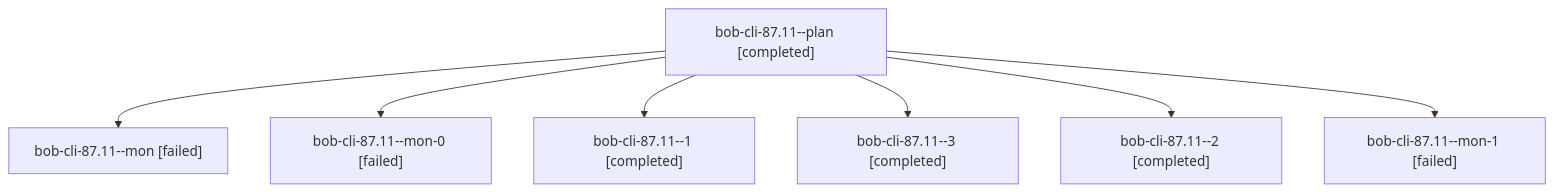
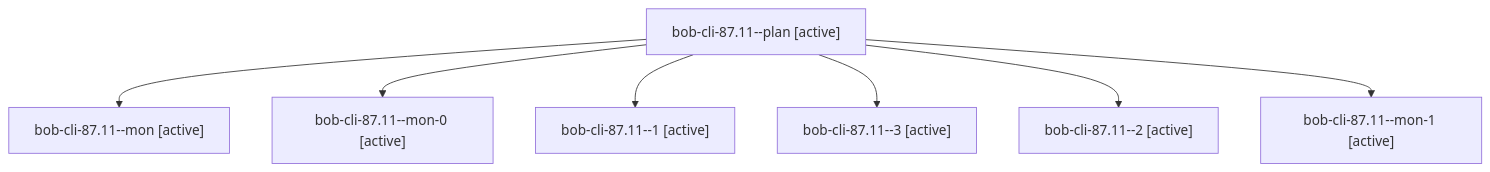
Before and after one commit to bobs-org/bob-cli--agents: the diagram in sessions/bbugyi200.athena.bob-cli-87.11.md, drawn with Mermaid. The commit also changed other lines of this file and 481 other files, not shown here.

````diff
--- a/sessions/bbugyi200.athena.bob-cli-87.11.md
+++ b/sessions/bbugyi200.athena.bob-cli-87.11.md
@@ -9,16 +9,16 @@
 ```mermaid
 flowchart TD
-  n0["bob-cli-87.11--plan [completed]"]
-  n1["bob-cli-87.11--mon [failed]"]
+  n0["bob-cli-87.11--plan [active]"]
+  n1["bob-cli-87.11--mon [active]"]
   n0 --> n1
-  n2["bob-cli-87.11--mon-0 [failed]"]
+  n2["bob-cli-87.11--mon-0 [active]"]
   n0 --> n2
-  n3["bob-cli-87.11--1 [completed]"]
+  n3["bob-cli-87.11--1 [active]"]
   n0 --> n3
-  n4["bob-cli-87.11--3 [completed]"]
+  n4["bob-cli-87.11--3 [active]"]
   n0 --> n4
-  n5["bob-cli-87.11--2 [completed]"]
+  n5["bob-cli-87.11--2 [active]"]
   n0 --> n5
-  n6["bob-cli-87.11--mon-1 [failed]"]
+  n6["bob-cli-87.11--mon-1 [active]"]
   n0 --> n6
 ```
````
